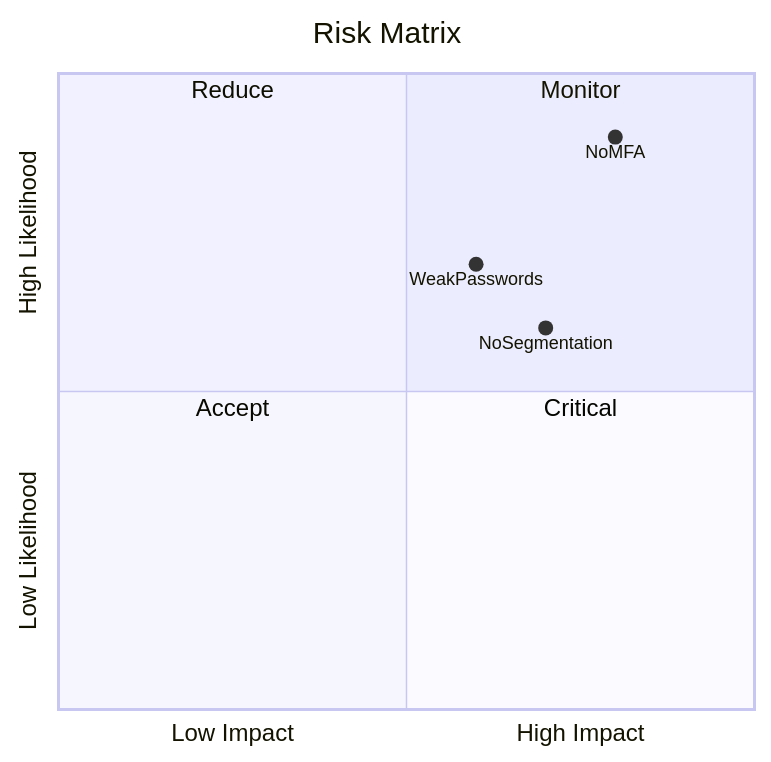
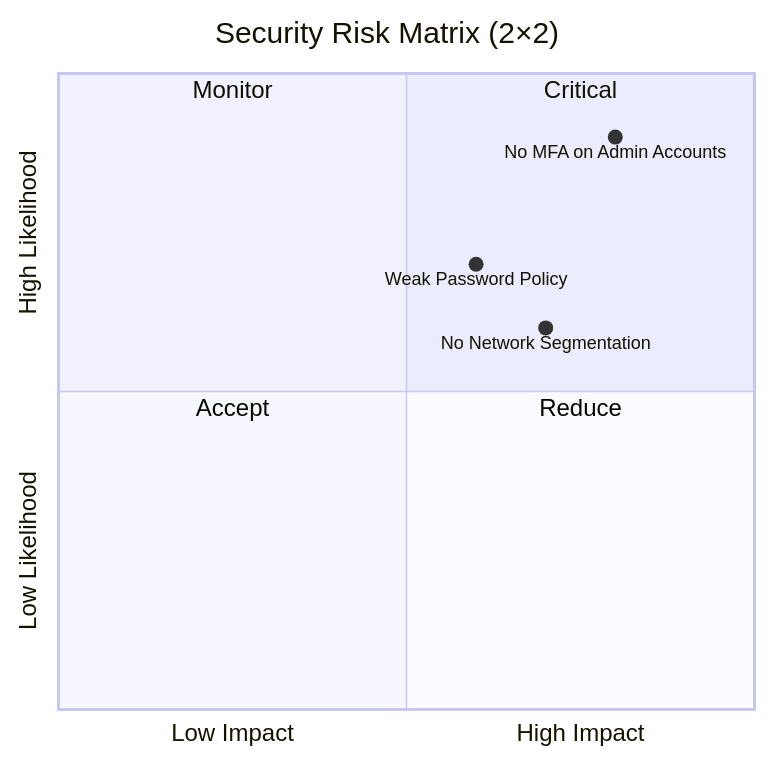
The tenth of 15 diagrams in saitge-isec2700-mp01a-foundations-identifying-security-issues-smb.md (davis-boudreau/ISEC2700), drawn with Mermaid before and after one commit. The commit also changed other lines of this file and 5 other files, not shown here.

````diff
--- a/saitge-isec2700-mp01a-foundations-identifying-security-issues-smb.md
+++ b/saitge-isec2700-mp01a-foundations-identifying-security-issues-smb.md
@@ -268,13 +276,16 @@
 ```mermaid
 quadrantChart
-    title Risk Matrix
+    title Security Risk Matrix (2×2)
+
     x-axis Low Impact --> High Impact
     y-axis Low Likelihood --> High Likelihood
-    quadrant-1 Monitor
-    quadrant-2 Reduce
+
+    quadrant-1 Critical
+    quadrant-2 Monitor
     quadrant-3 Accept
-    quadrant-4 Critical
-    NoMFA: [0.8,0.9]
-    NoSegmentation: [0.7,0.6]
-    WeakPasswords: [0.6,0.7]
+    quadrant-4 Reduce
+
+    No MFA on Admin Accounts: [0.8, 0.9]
+    No Network Segmentation: [0.7, 0.6]
+    Weak Password Policy: [0.6, 0.7]
 ```
````
